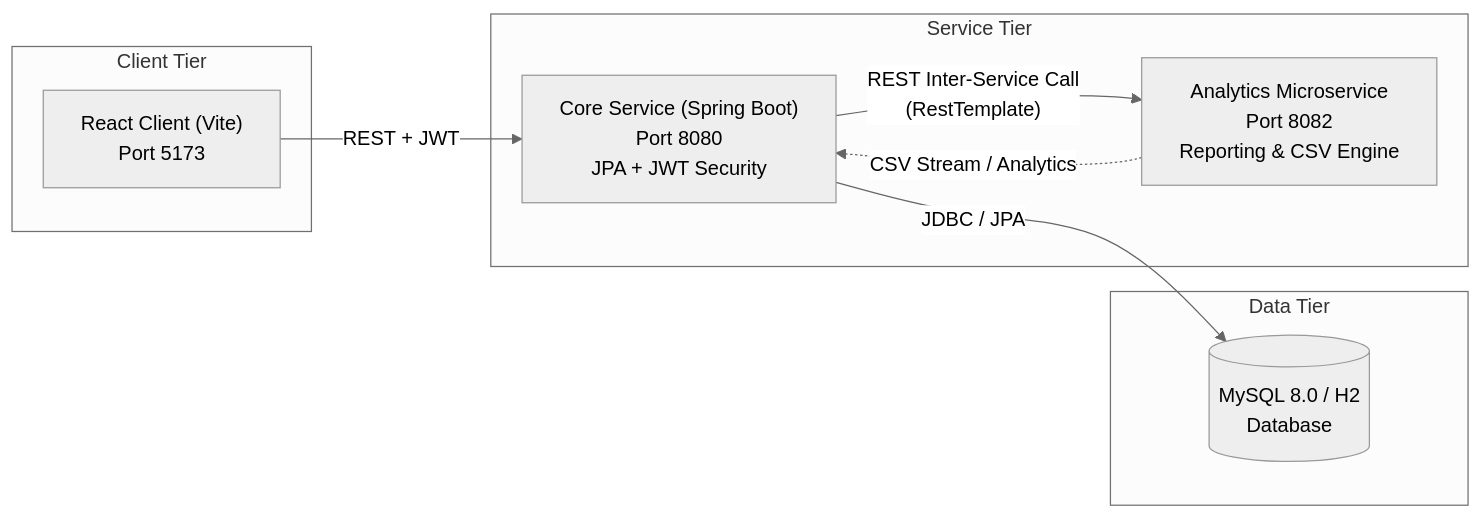
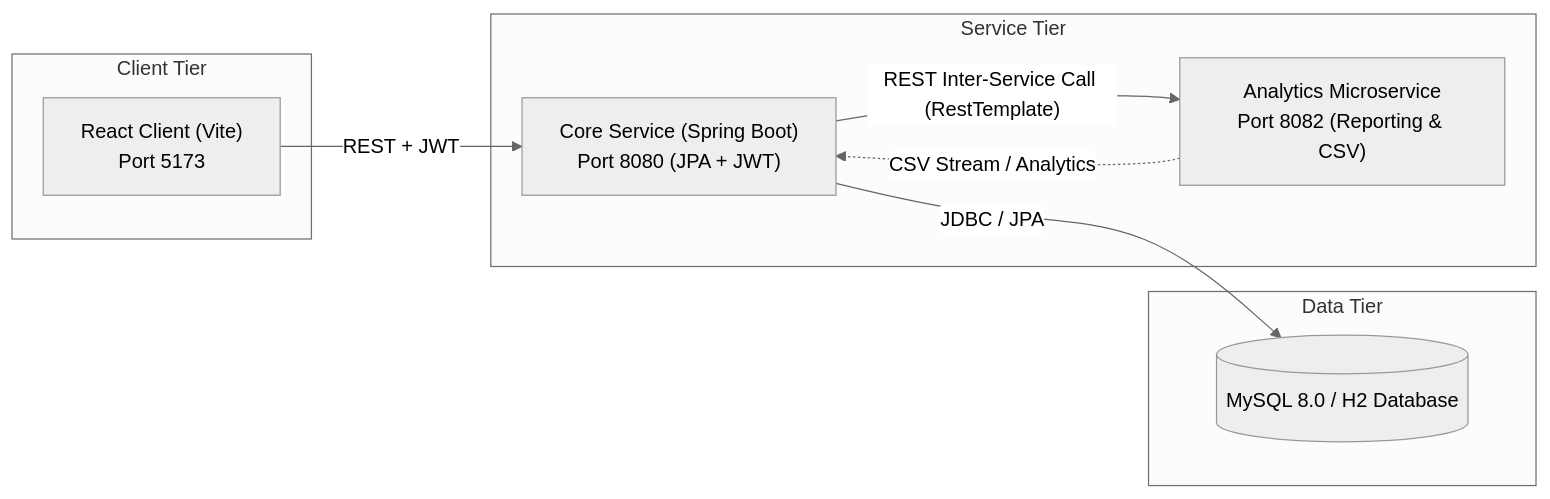
The diagram in unit-5/README.md (keshav2101/expense-sync), drawn with Mermaid (neutral theme) before and after one commit. The commit also changed 1 other file, not shown here.

Commit message:
fix: resolve mermaid syntax in system architecture diagrams

````diff
--- a/unit-5/README.md
+++ b/unit-5/README.md
@@ -29,20 +29,20 @@
 ```mermaid
 flowchart LR
-    subgraph Client Tier
-        UI["React Client (Vite)<br>Port 5173"]
+    subgraph ClientTier ["Client Tier"]
+        UI["React Client (Vite)<br/>Port 5173"]
     end
 
-    subgraph Service Tier
-        Core["Core Service (Spring Boot)<br>Port 8080<br>JPA + JWT Security"]
-        Analytics["Analytics Microservice<br>Port 8082<br>Reporting &amp; CSV Engine"]
+    subgraph ServiceTier ["Service Tier"]
+        Core["Core Service (Spring Boot)<br/>Port 8080 (JPA + JWT)"]
+        Analytics["Analytics Microservice<br/>Port 8082 (Reporting & CSV)"]
     end
 
-    subgraph Data Tier
-        DB[("MySQL 8.0 / H2<br>Database")]
+    subgraph DataTier ["Data Tier"]
+        DB[("MySQL 8.0 / H2 Database")]
     end
 
     UI -->|"REST + JWT"| Core
     Core -->|"JDBC / JPA"| DB
-    Core -->|"REST Inter-Service Call<br>(RestTemplate)"| Analytics
+    Core -->|"REST Inter-Service Call (RestTemplate)"| Analytics
     Analytics -.->|"CSV Stream / Analytics"| Core
 ```
````
